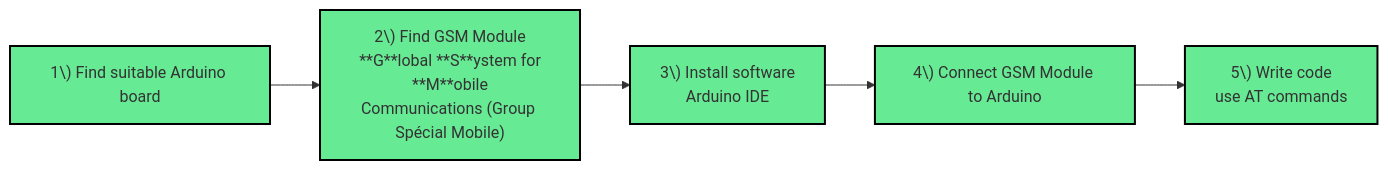
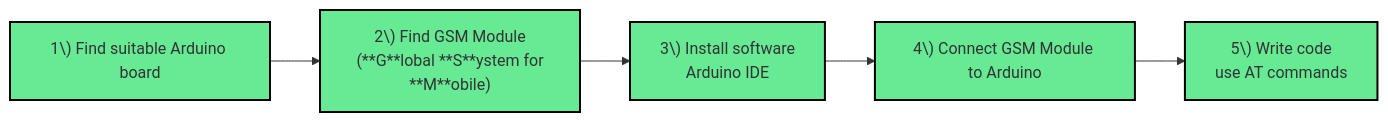
The second of 2 diagrams in CommsAppBuilding&EASGuide.md (hmelner/MeshtasticNetworkGuide), drawn with Mermaid before and after one commit.

````diff
--- a/CommsAppBuilding&EASGuide.md
+++ b/CommsAppBuilding&EASGuide.md
@@ -29,18 +29,18 @@
 ```mermaid
   graph LR
   A["1\) Find suitable Arduino board"]
   style A fill:#67ea94,stroke:#000000,stroke-width:2px
-  B["2\) Find GSM Module<br> **G**lobal **S**ystem for **M**obile<br>Communications (Group Spécial Mobile)"]
+  B["2\) Find GSM Module<br> (**G**lobal **S**ystem for **M**obile)"]
   style B fill:#67ea94,stroke:#000000,stroke-width:2px
   C["3\) Install software <br> Arduino IDE"]
   style C fill:#67ea94,stroke:#000000,stroke-width:2px
   D["4\) Connect GSM Module to Arduino"]
   style D fill:#67ea94,stroke:#000000,stroke-width:2px
   E["5\) Write code <br> use AT commands"]
   style E fill:#67ea94,stroke:#000000,stroke-width:2px
 
   A-->B
   B-->C
   C-->D
   D-->E
 ```
````
